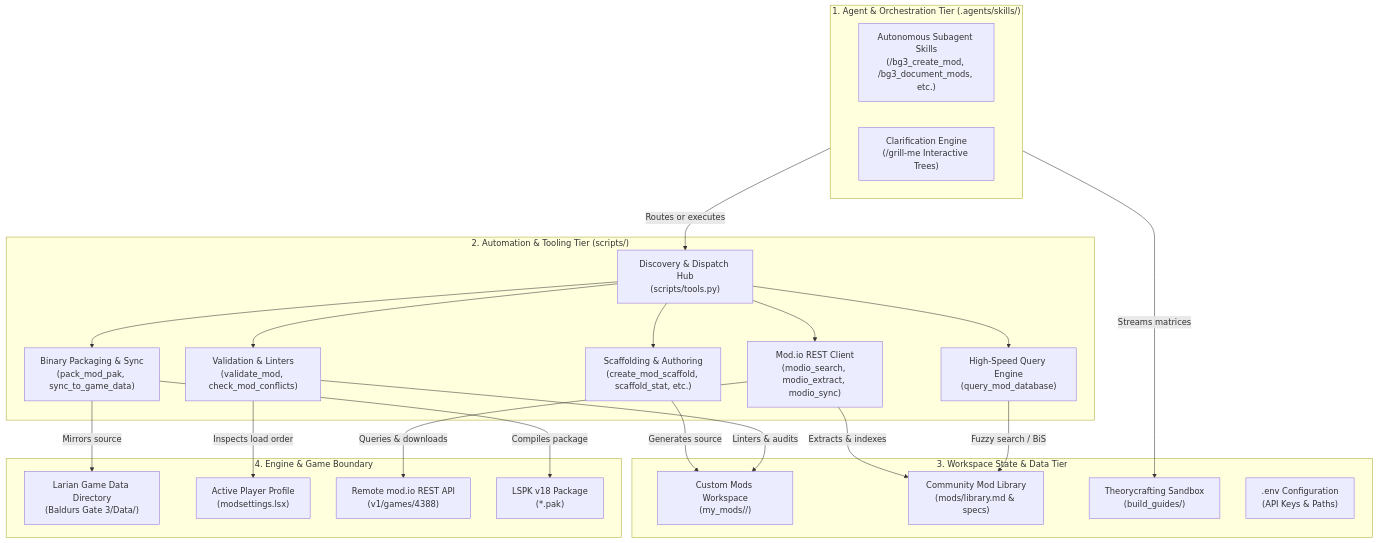
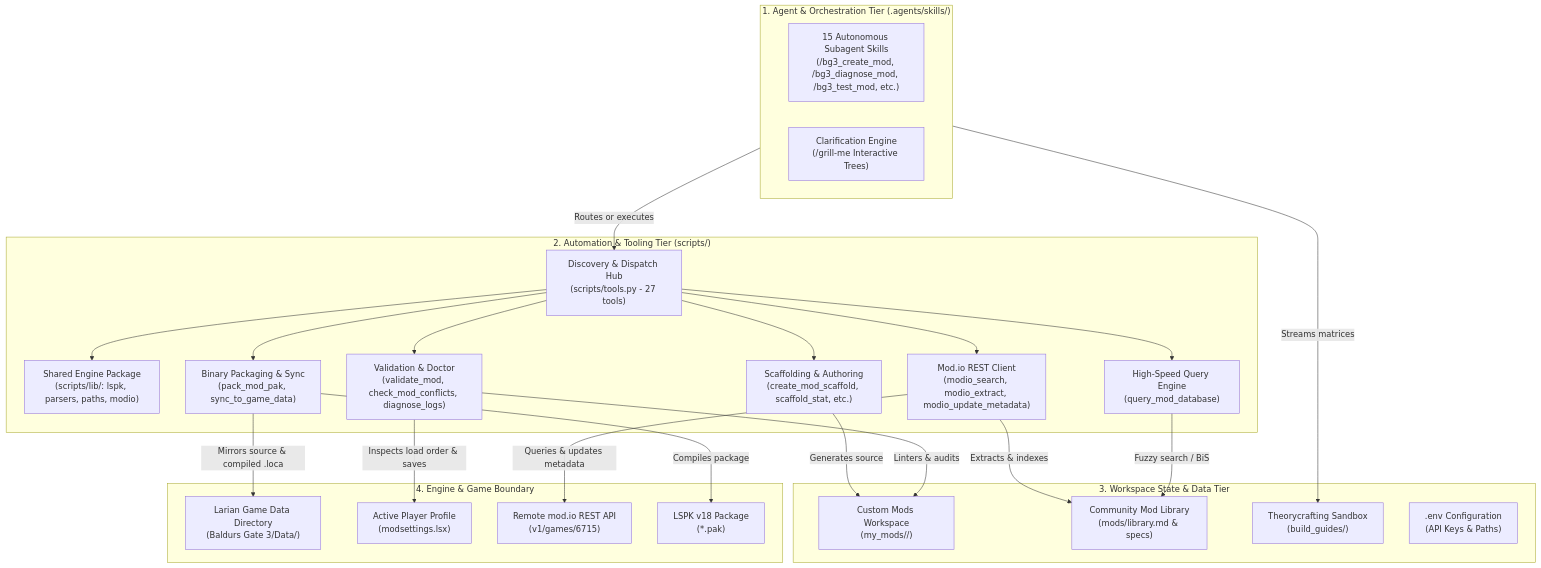
The first of 3 diagrams in docs/ARCHITECTURE.md (jpelton-stroud/bg3-mod-studio), drawn with Mermaid before and after one commit. The commit also changed other lines of this file and 51 other files, not shown here.

First line of the commit message:
refactor(scripts): streamline mod lifecycle tooling and agent skills (#23)

````diff
--- a/docs/ARCHITECTURE.md
+++ b/docs/ARCHITECTURE.md
@@ -14,47 +14,49 @@
 ```mermaid
 flowchart TD
     subgraph Tier1["1. Agent & Orchestration Tier (.agents/skills/)"]
-        Agents["Autonomous Subagent Skills\n(/bg3_create_mod, /bg3_document_mods, etc.)"]
+        Agents["15 Autonomous Subagent Skills\n(/bg3_create_mod, /bg3_diagnose_mod, /bg3_test_mod, etc.)"]
         GrillMe["Clarification Engine\n(/grill-me Interactive Trees)"]
     end
 
     subgraph Tier2["2. Automation & Tooling Tier (scripts/)"]
-        Router["Discovery & Dispatch Hub\n(scripts/tools.py)"]
+        Router["Discovery & Dispatch Hub\n(scripts/tools.py - 27 tools)"]
+        SharedLib["Shared Engine Package\n(scripts/lib/: lspk, parsers, paths, modio)"]
         Scaffold["Scaffolding & Authoring\n(create_mod_scaffold, scaffold_stat, etc.)"]
         Packaging["Binary Packaging & Sync\n(pack_mod_pak, sync_to_game_data)"]
-        Diagnostics["Validation & Linters\n(validate_mod, check_mod_conflicts)"]
-        ModioSuite["Mod.io REST Client\n(modio_search, modio_extract, modio_sync)"]
+        Diagnostics["Validation & Doctor\n(validate_mod, check_mod_conflicts, diagnose_logs)"]
+        ModioSuite["Mod.io REST Client\n(modio_search, modio_extract, modio_update_metadata)"]
         QueryEngine["High-Speed Query Engine\n(query_mod_database)"]
     end
 
     subgraph Tier3["3. Workspace State & Data Tier"]
         MyMods["Custom Mods Workspace\n(my_mods/<mod-slug>/)"]
         ModsLib["Community Mod Library\n(mods/library.md & specs)"]
         Sandboxes["Theorycrafting Sandbox\n(build_guides/)"]
         Config[".env Configuration\n(API Keys & Paths)"]
     end
 
     subgraph Tier4["4. Engine & Game Boundary"]
         GameData["Larian Game Data Directory\n(Baldurs Gate 3/Data/)"]
         ProfileSettings["Active Player Profile\n(modsettings.lsx)"]
-        ModioRemote["Remote mod.io REST API\n(v1/games/4388)"]
+        ModioRemote["Remote mod.io REST API\n(v1/games/6715)"]
         Distribution["LSPK v18 Package\n(*.pak)"]
     end
 
     Tier1 -->|Routes or executes| Router
+    Router --> SharedLib
     Router --> Scaffold
     Router --> Packaging
     Router --> Diagnostics
     Router --> ModioSuite
     Router --> QueryEngine
 
     Scaffold -->|Generates source| MyMods
-    Packaging -->|Mirrors source| GameData
+    Packaging -->|Mirrors source & compiled .loca| GameData
     Packaging -->|Compiles package| Distribution
     Diagnostics -->|Linters & audits| MyMods
-    Diagnostics -->|Inspects load order| ProfileSettings
-    ModioSuite -->|Queries & downloads| ModioRemote
+    Diagnostics -->|Inspects load order & saves| ProfileSettings
+    ModioSuite -->|Queries & updates metadata| ModioRemote
     ModioSuite -->|Extracts & indexes| ModsLib
     QueryEngine -->|Fuzzy search / BiS| ModsLib
     Tier1 -->|Streams matrices| Sandboxes
 ```
````
